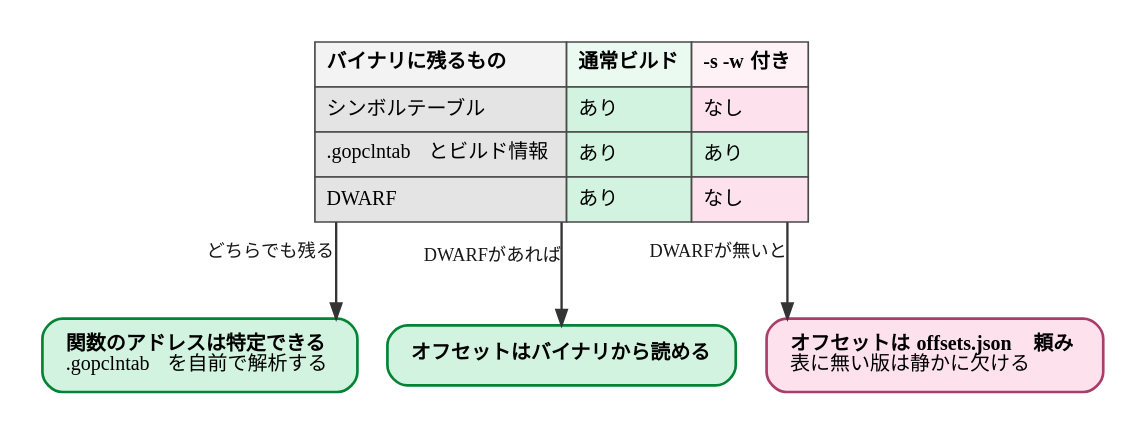
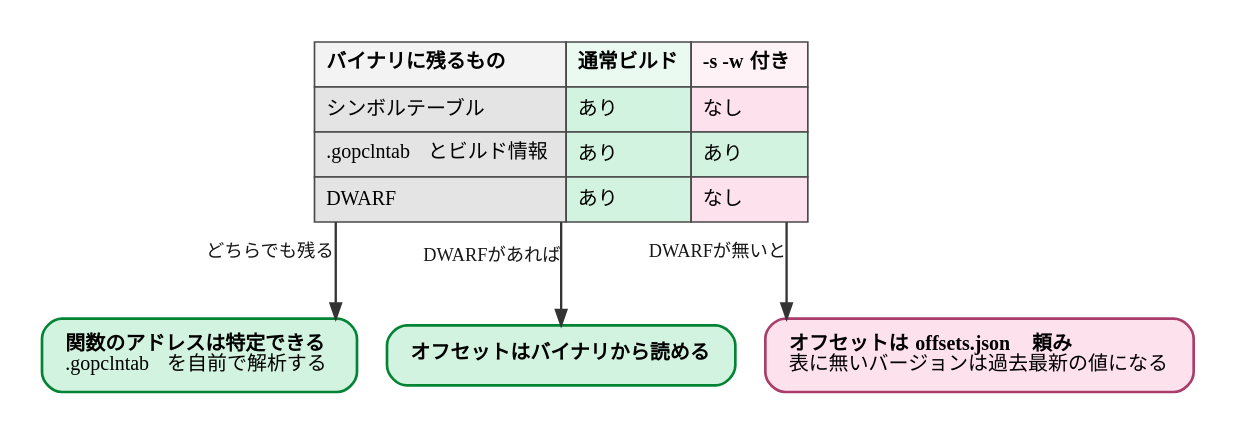
One commit to ymotongpoo/zenn.dev changed the diagram in diagrams/go-ebpf-primer/20260820-build-flags.dot. Above: the diagram before and after it, drawn with Graphviz. The commit also changed 10 other files, not shown here.

First line of the commit message:
fix(go-ebpf-primer): 呼び出し規約の誤りを直し、図に「Cの規約で読むと」列を足す

```diff
--- a/diagrams/go-ebpf-primer/20260820-build-flags.dot
+++ b/diagrams/go-ebpf-primer/20260820-build-flags.dot
@@ -1,48 +1,48 @@
 // ビルド設定と計装の関係
 digraph build_flags {
   graph [
     rankdir=TB, splines=ortho,
     fontname="IBM Plex Sans JP", fontsize=13,
     ranksep=0.8,
     bgcolor="white", pad=0.25
   ];
   node [
     fontname="IBM Plex Sans JP", fontsize=12,
     shape=box, style="rounded,filled",
     fillcolor="#F1F1F1", color="#4A4A4A", penwidth=1.6,
     margin="0.2,0.14"
   ];
   edge [
     fontname="IBM Plex Sans JP", fontsize=11,
     color="#343434", penwidth=1.4, arrowsize=0.9,
     fontcolor="#171717"
   ];
 
   info [shape=plain, style="", label=<
     <table border="0" cellborder="1" cellspacing="0" cellpadding="6" color="#4A4A4A">
       <tr><td align="left" bgcolor="#F3F3F3"><b>バイナリに残るもの</b></td>
           <td align="left" bgcolor="#EBFAF1"><b>通常ビルド</b></td>
           <td align="left" bgcolor="#FEF2F7"><b><font face="JetBrains Mono">-s -w</font> 付き</b></td></tr>
       <tr><td align="left" bgcolor="#E4E4E4">シンボルテーブル</td>
           <td align="left" bgcolor="#D2F3DF">あり</td>
           <td align="left" bgcolor="#FDE1EC">なし</td></tr>
       <tr><td align="left" bgcolor="#E4E4E4"><font face="JetBrains Mono">.gopclntab</font> とビルド情報</td>
           <td align="left" bgcolor="#D2F3DF">あり</td>
           <td align="left" bgcolor="#D2F3DF">あり</td></tr>
       <tr><td align="left" bgcolor="#E4E4E4">DWARF</td>
           <td align="left" bgcolor="#D2F3DF">あり</td>
           <td align="left" bgcolor="#FDE1EC">なし</td></tr>
     </table>>];
 
   addr [label=<<b>関数のアドレスは特定できる</b><br align="left"/><font face="JetBrains Mono">.gopclntab</font> を自前で解析する<br align="left"/>>,
         fillcolor="#D2F3DF", color="#038435"];
   off_ok [label=<<b>オフセットはバイナリから読める</b>>, fillcolor="#D2F3DF", color="#038435"];
-  off_ng [label=<<b>オフセットは <font face="JetBrains Mono">offsets.json</font> 頼み</b><br align="left"/>表に無い版は静かに欠ける<br align="left"/>>,
+  off_ng [label=<<b>オフセットは <font face="JetBrains Mono">offsets.json</font> 頼み</b><br align="left"/>表に無いバージョンは過去最新の値になる<br align="left"/>>,
           fillcolor="#FDE1EC", color="#AA3E6A"];
 
   { rank=same; addr; off_ok; off_ng; }
 
   info -> addr [xlabel="どちらでも残る"];
   info -> off_ok [xlabel="DWARFがあれば"];
   info -> off_ng [xlabel="DWARFが無いと"];
 }
```
